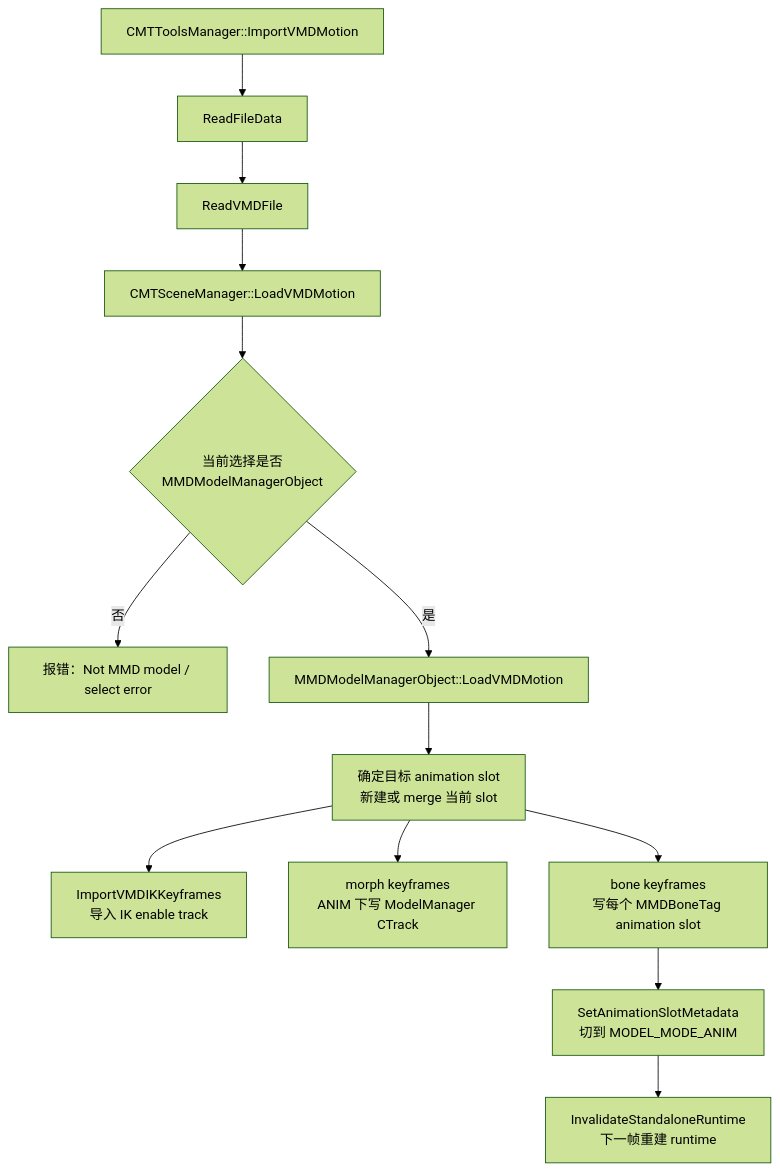
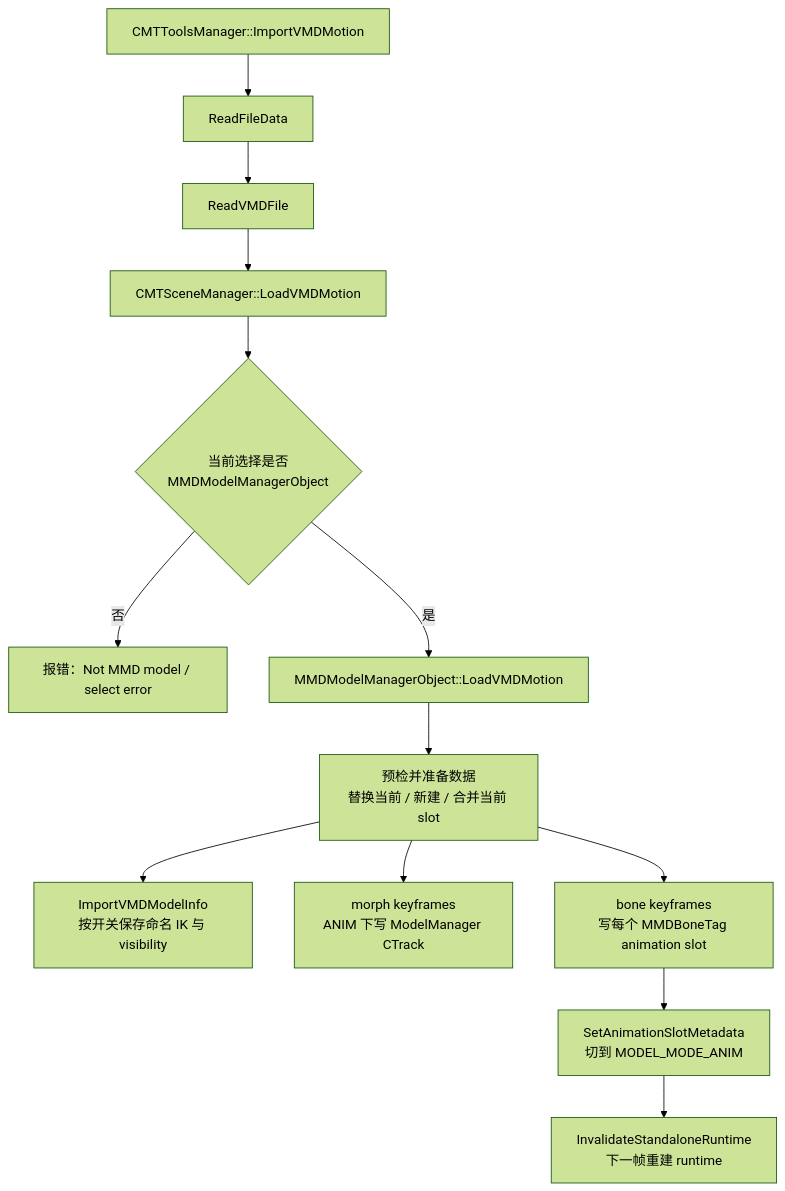
The third of 5 diagrams in docs/dev/import-flow.md (AiMiDi/C4D_MMD_Tool), drawn with Mermaid (forest theme) before and after one commit. The commit also changed other lines of this file and 8 other files, not shown here.

````diff
--- a/docs/dev/import-flow.md
+++ b/docs/dev/import-flow.md
@@ -206,15 +215,15 @@
 ```mermaid
 flowchart TD
     A["CMTToolsManager::ImportVMDMotion"] --> B["ReadFileData"]
     B --> C["ReadVMDFile"]
     C --> D["CMTSceneManager::LoadVMDMotion"]
     D --> E{"当前选择是否<br/>MMDModelManagerObject"}
     E -- 否 --> F["报错：Not MMD model / select error"]
     E -- 是 --> G["MMDModelManagerObject::LoadVMDMotion"]
-    G --> H["确定目标 animation slot<br/>新建或 merge 当前 slot"]
-    H --> I["ImportVMDIKKeyframes<br/>导入 IK enable track"]
+    G --> H["预检并准备数据<br/>替换当前 / 新建 / 合并当前 slot"]
+    H --> I["ImportVMDModelInfo<br/>按开关保存命名 IK 与 visibility"]
     H --> J["morph keyframes<br/>ANIM 下写 ModelManager CTrack"]
     H --> K["bone keyframes<br/>写每个 MMDBoneTag animation slot"]
     K --> L["SetAnimationSlotMetadata<br/>切到 MODEL_MODE_ANIM"]
     L --> M["InvalidateStandaloneRuntime<br/>下一帧重建 runtime"]
 ```
````
